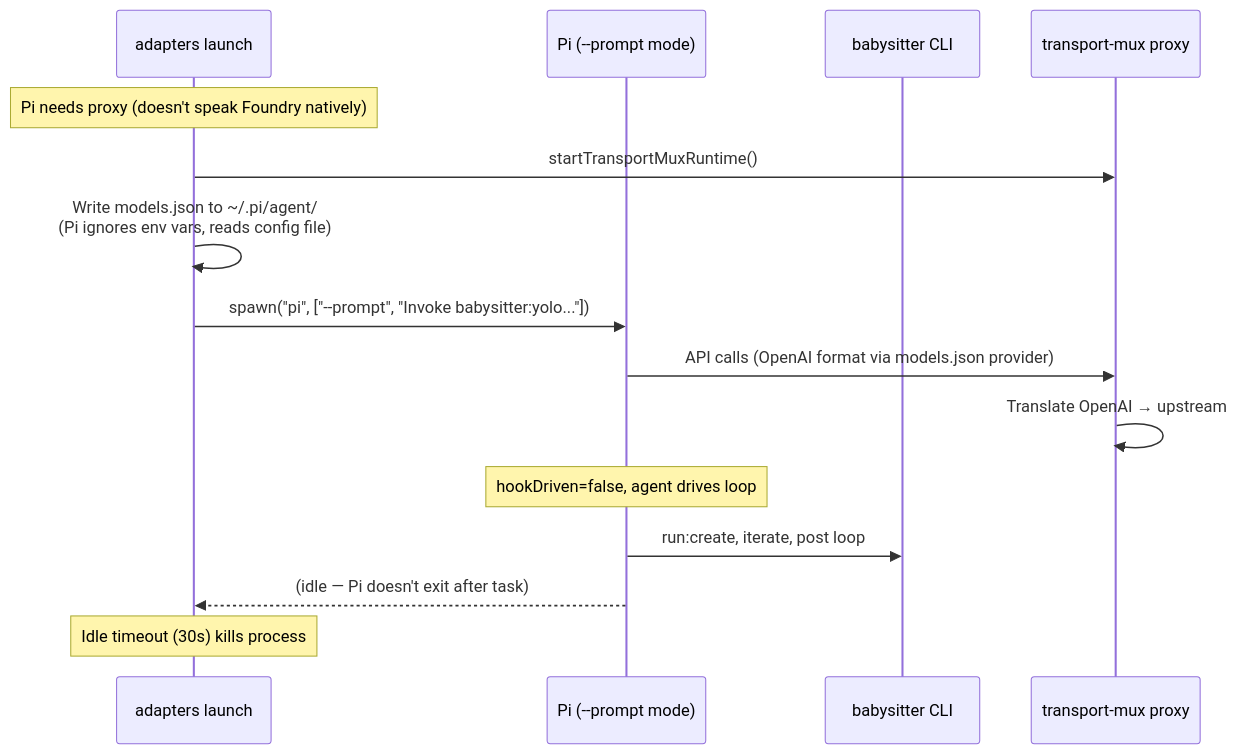
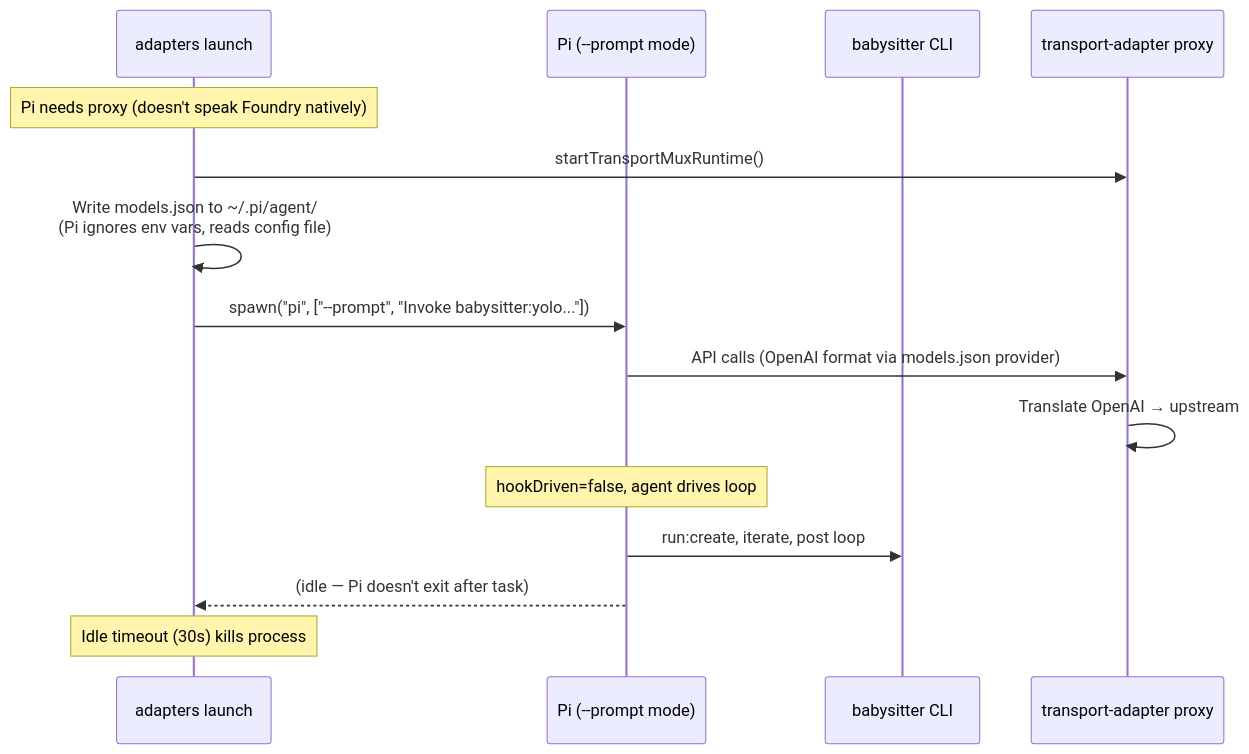
One commit to danielkman/babysitter changed diagram 15 of 16 in docs/development/03-babysitter-plugin-flows.md. Above: the diagram before and after it, drawn with Mermaid. The commit also changed other lines of this file and 682 other files, not shown here.

First line of the commit message:
refactor: eliminate -mux terminology from source — use -adapter

````diff
--- a/docs/development/03-babysitter-plugin-flows.md
+++ b/docs/development/03-babysitter-plugin-flows.md
@@ -493,21 +493,21 @@
 ```mermaid
 sequenceDiagram
     participant AM as adapters launch
     participant PI as Pi (--prompt mode)
     participant SDK as babysitter CLI
-    participant TM as transport-mux proxy
+    participant TM as transport-adapter proxy
 
     Note over AM: Pi needs proxy (doesn't speak Foundry natively)
     AM->>TM: startTransportMuxRuntime()
     AM->>AM: Write models.json to ~/.pi/agent/<br/>(Pi ignores env vars, reads config file)
     AM->>PI: spawn("pi", ["--prompt", "Invoke babysitter:yolo..."])
 
     PI->>TM: API calls (OpenAI format via models.json provider)
     TM->>TM: Translate OpenAI → upstream
     
     Note over PI: hookDriven=false, agent drives loop
     PI->>SDK: run:create, iterate, post loop
     
     PI-->>AM: (idle — Pi doesn't exit after task)
     Note over AM: Idle timeout (30s) kills process
 ```
````
